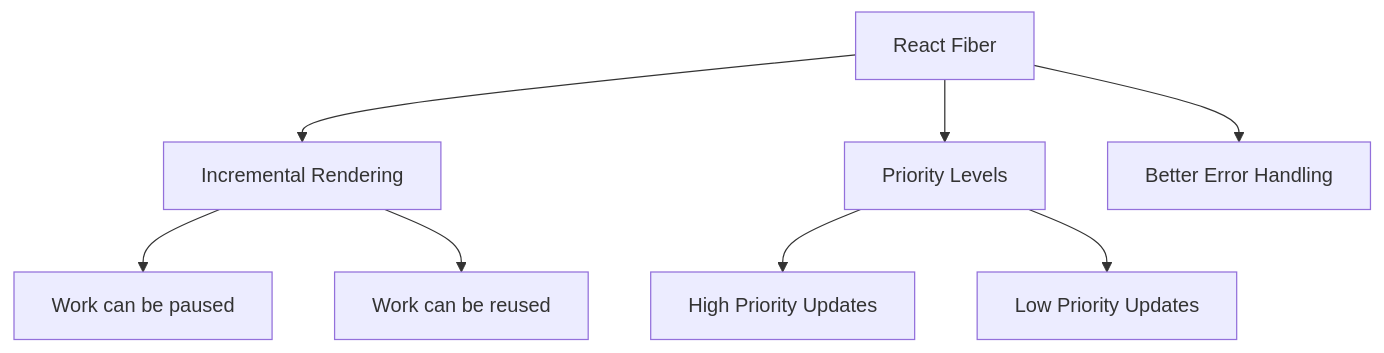
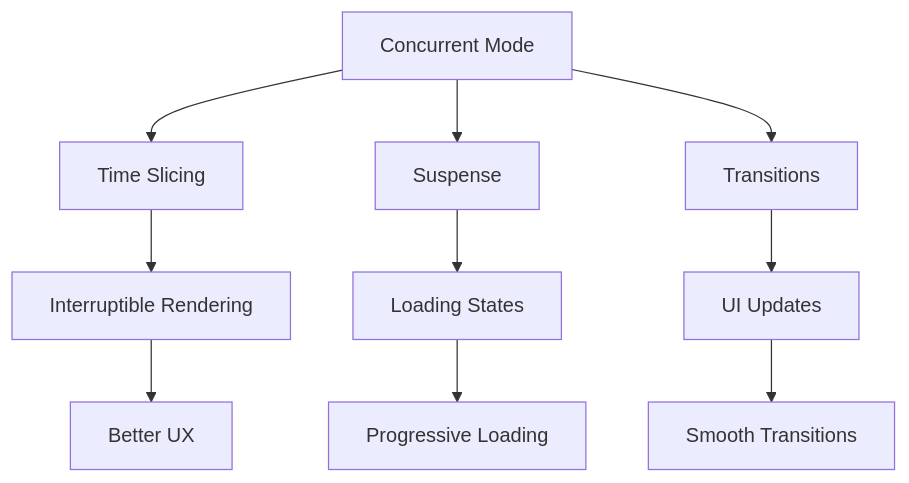
One commit to KRISACHAN/ying-web changed the second of 2 diagrams in apps/fe-docs/pages/interview/react/7-advanced-features.mdx. Above: the diagram before and after it, drawn with Mermaid. The commit also changed other lines of this file and 12 other files, not shown here.

````diff
--- a/apps/fe-docs/pages/interview/react/7-advanced-features.mdx
+++ b/apps/fe-docs/pages/interview/react/7-advanced-features.mdx
@@ -81,10 +90,12 @@
 ```mermaid
 graph TD
-    A[React Fiber] --> B[Incremental Rendering]
-    A --> C[Priority Levels]
-    A --> D[Better Error Handling]
-    B --> E[Work can be paused]
-    B --> F[Work can be reused]
-    C --> G[High Priority Updates]
-    C --> H[Low Priority Updates]
+    A[Concurrent Mode] --> B[Time Slicing]
+    A --> C[Suspense]
+    A --> D[Transitions]
+    B --> E[Interruptible Rendering]
+    C --> F[Loading States]
+    D --> G[UI Updates]
+    E --> H[Better UX]
+    F --> I[Progressive Loading]
+    G --> J[Smooth Transitions]
 ```
````
